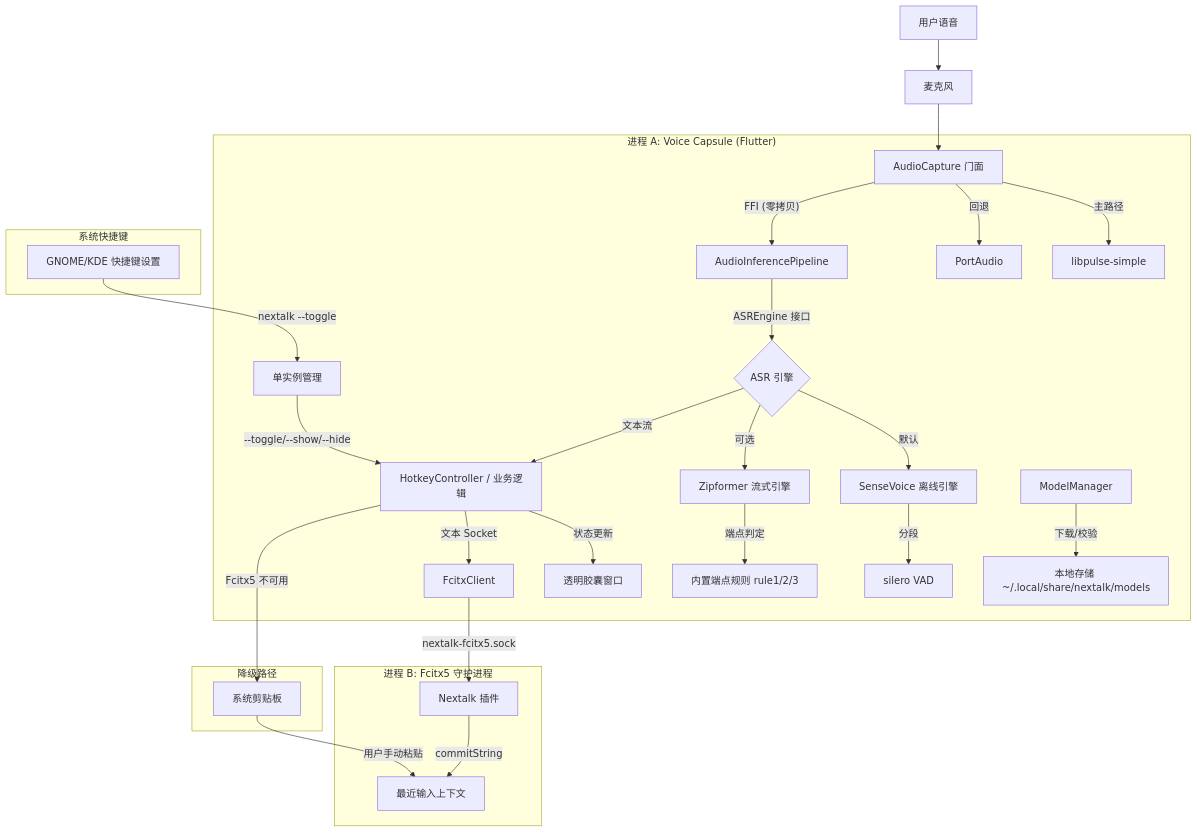
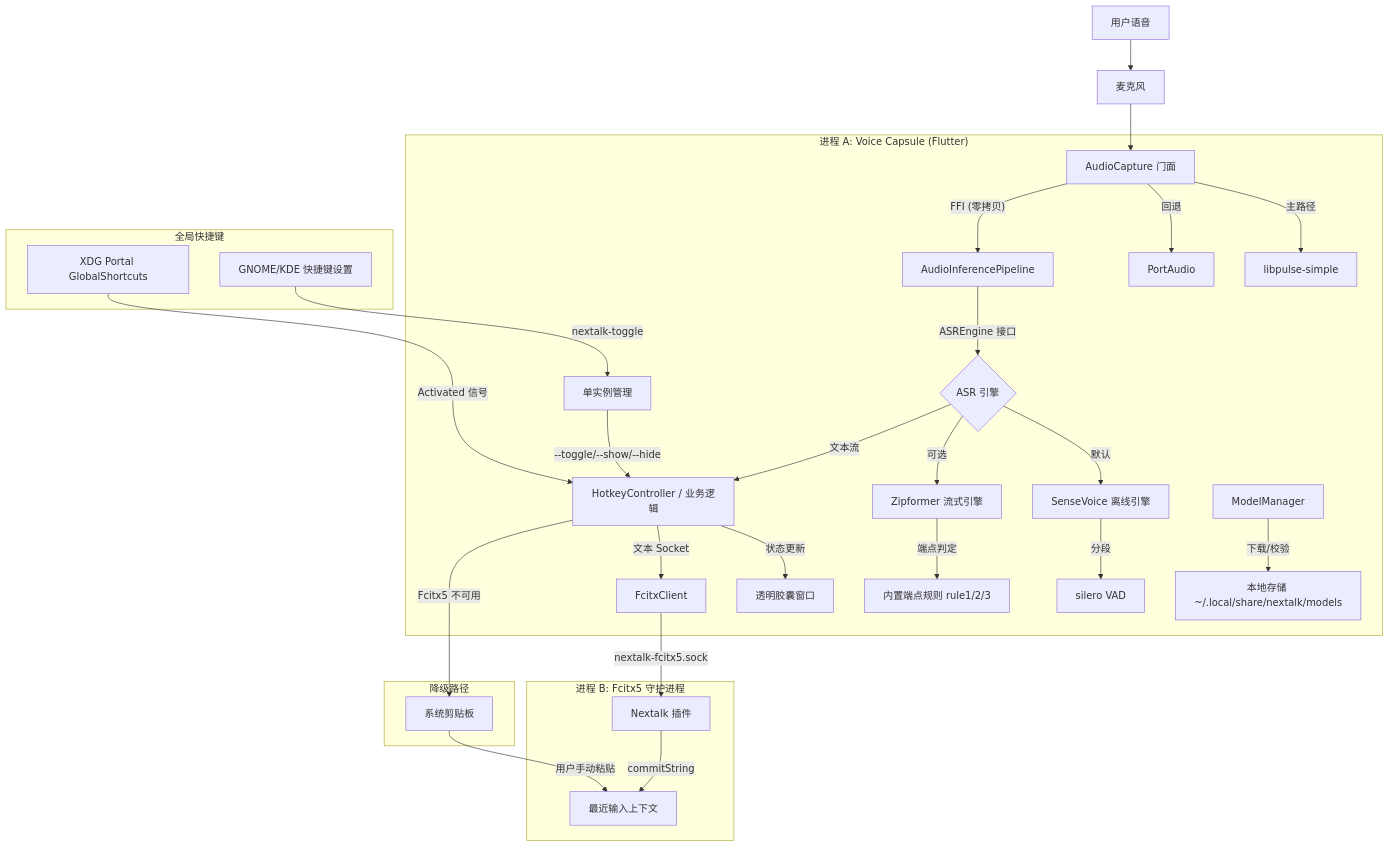
One commit to gonewx/nextalk changed the diagram in docs/architecture_zh.md. Above: the diagram before and after it, drawn with Mermaid. The commit also changed other lines of this file and 5 other files, not shown here.

Commit message:
docs: 同步 Portal 全局快捷键 (Story 3-10) 至 README/PRD/架构文档

````diff
--- a/docs/architecture_zh.md
+++ b/docs/architecture_zh.md
@@ -23,35 +24,36 @@
 ```mermaid
 graph TD
     User[用户语音] --> Mic[麦克风]
     Mic --> Capture[AudioCapture 门面]
 
     subgraph "进程 A: Voice Capsule (Flutter)"
         Capture -- "主路径" --> Pulse[libpulse-simple]
         Capture -- "回退" --> PA[PortAudio]
         Capture -- "FFI (零拷贝)" --> Pipeline[AudioInferencePipeline]
         Pipeline -- "ASREngine 接口" --> Engine{ASR 引擎}
         Engine -- "默认" --> SV[SenseVoice 离线引擎]
         Engine -- "可选" --> ZF[Zipformer 流式引擎]
         SV -- "分段" --> VAD[silero VAD]
         ZF -- "端点判定" --> EP[内置端点规则 rule1/2/3]
         Engine -- "文本流" --> Logic[HotkeyController / 业务逻辑]
         Logic -- "状态更新" --> UI[透明胶囊窗口]
         Logic -- "文本 Socket" --> IPC_Text[FcitxClient]
         SingleInstance[单实例管理] -- "--toggle/--show/--hide" --> Logic
         ModelMgr[ModelManager] -- "下载/校验" --> Storage[本地存储 ~/.local/share/nextalk/models]
     end
 
     subgraph "进程 B: Fcitx5 守护进程"
         IPC_Text -- "nextalk-fcitx5.sock" --> IPC_Server[Nextalk 插件]
         IPC_Server -- "commitString" --> TargetApp[最近输入上下文]
     end
 
-    subgraph "系统快捷键"
-        SystemShortcut[GNOME/KDE 快捷键设置] -- "nextalk --toggle" --> SingleInstance
+    subgraph "全局快捷键"
+        Portal[XDG Portal GlobalShortcuts] -- "Activated 信号" --> Logic
+        SystemShortcut[GNOME/KDE 快捷键设置] -- "nextalk-toggle" --> SingleInstance
     end
 
     subgraph "降级路径"
         Logic -- "Fcitx5 不可用" --> Clipboard[系统剪贴板]
         Clipboard -- "用户手动粘贴" --> TargetApp
     end
 ```
````
